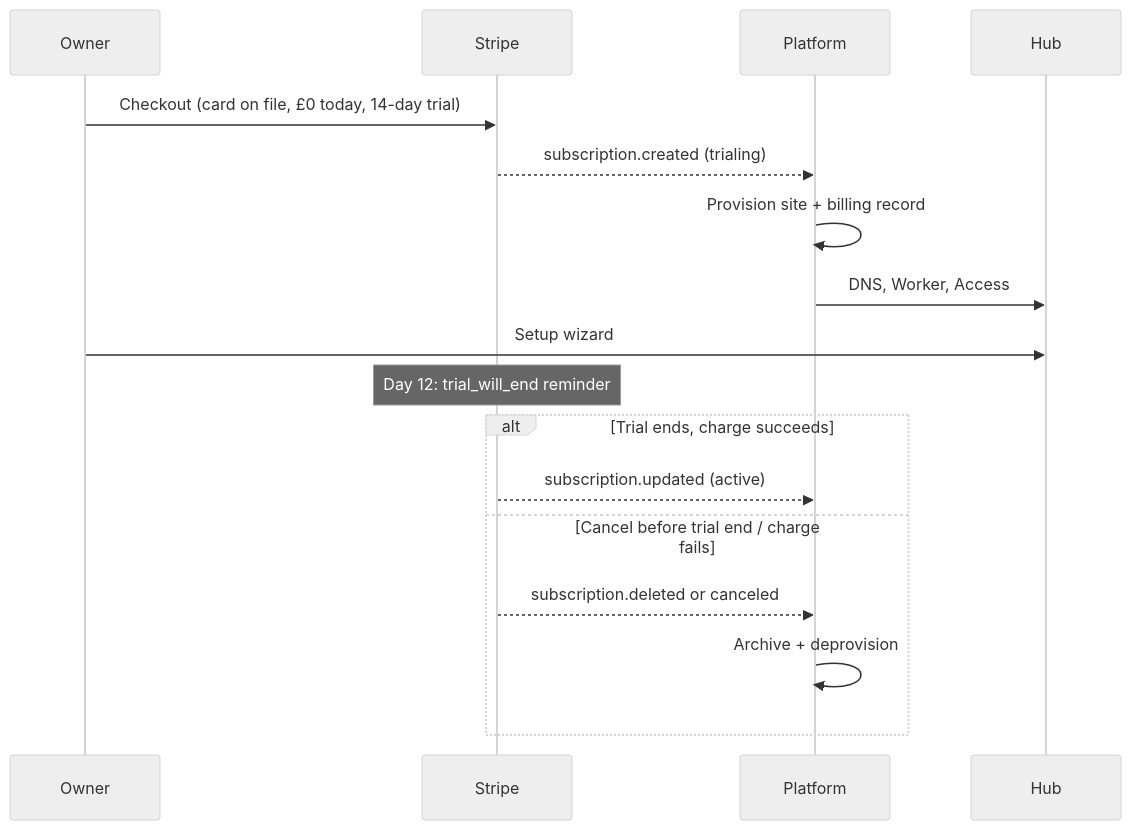
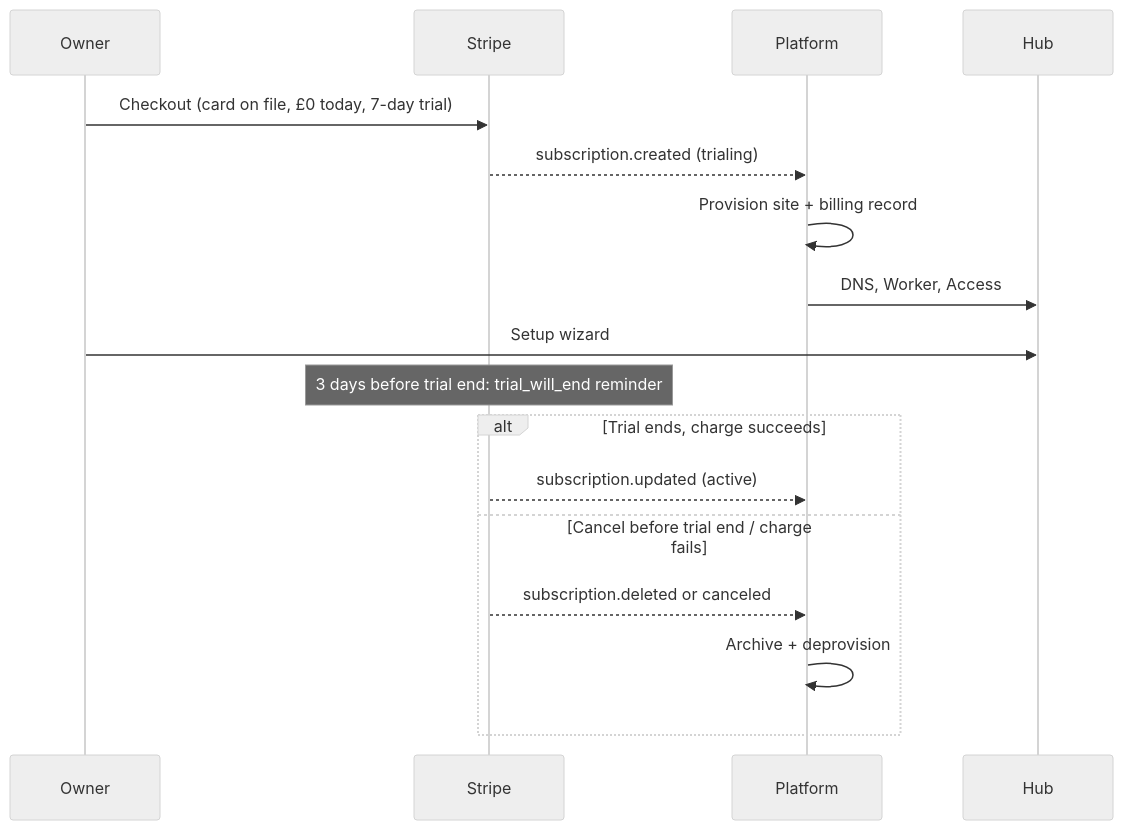
Before and after one commit to marklovely/home-dashboard: the first of 2 diagrams in docs/roadmap.md, drawn with Mermaid (neutral theme). The commit also changed other lines of this file and 13 other files, not shown here.

First line of the commit message:
Shorten the hub trial from 14 days to 7.

````diff
--- a/docs/roadmap.md
+++ b/docs/roadmap.md
@@ -126,20 +126,20 @@
 ```mermaid
 sequenceDiagram
   participant U as Owner
   participant S as Stripe
   participant P as Platform
   participant H as Hub
 
-  U->>S: Checkout (card on file, £0 today, 14-day trial)
+  U->>S: Checkout (card on file, £0 today, 7-day trial)
   S-->>P: subscription.created (trialing)
   P->>P: Provision site + billing record
   P->>H: DNS, Worker, Access
   U->>H: Setup wizard
-  Note over S: Day 12: trial_will_end reminder
+  Note over S: 3 days before trial end: trial_will_end reminder
   alt Trial ends, charge succeeds
     S-->>P: subscription.updated (active)
   else Cancel before trial end / charge fails
     S-->>P: subscription.deleted or canceled
     P->>P: Archive + deprovision
   end
 ```
````
